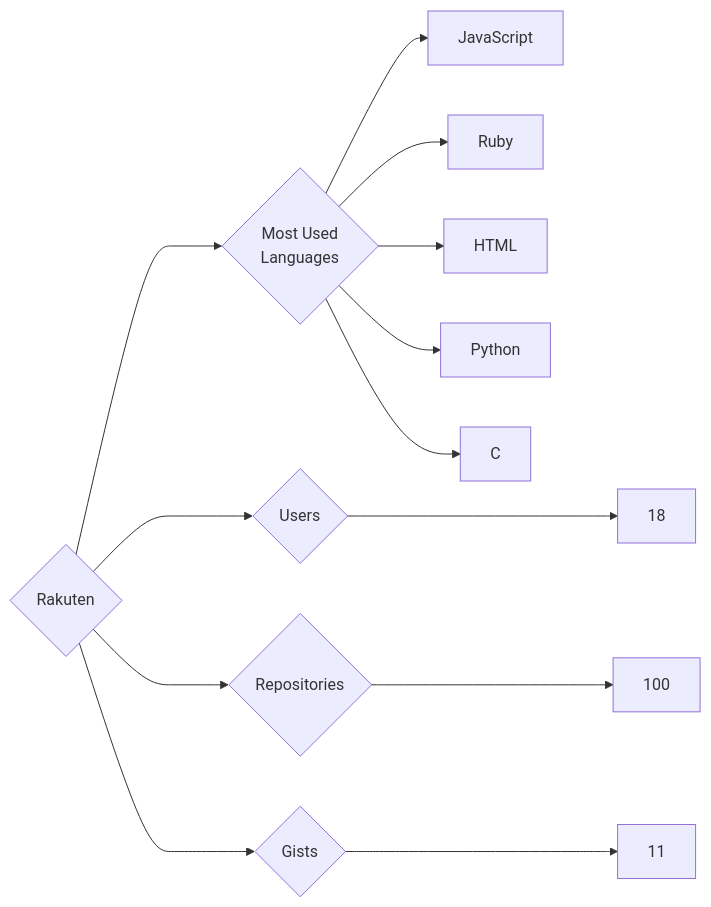
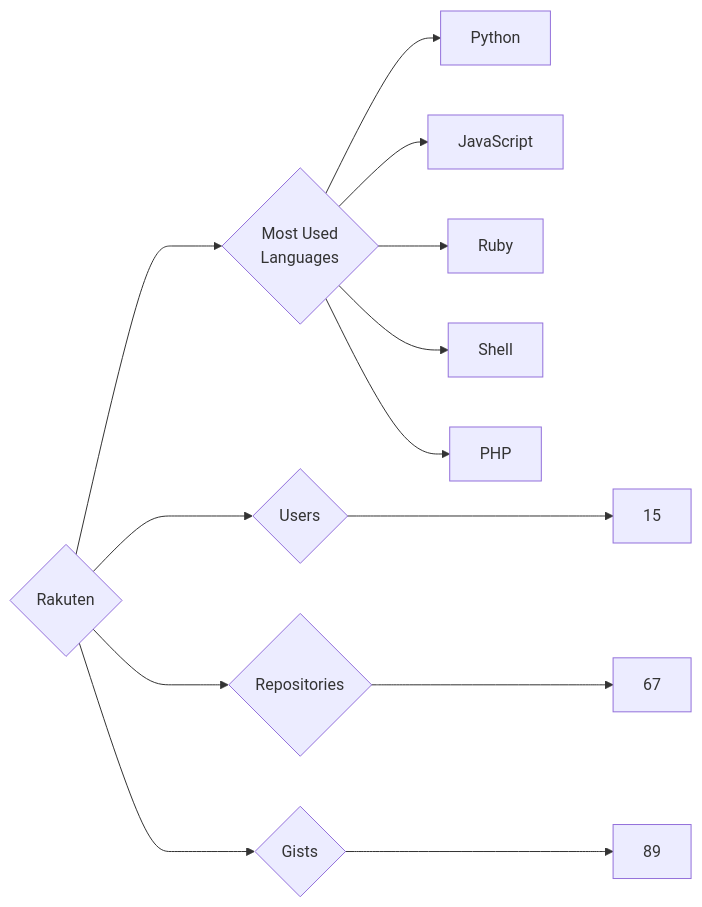
One commit to trickest/insiders changed the diagram in targets/Rakuten/README.md. Above: the diagram before and after it, drawn with Mermaid. The commit also changed 898 other files, not shown here.

````diff
--- a/targets/Rakuten/README.md
+++ b/targets/Rakuten/README.md
@@ -3,13 +3,13 @@
 ```mermaid
 graph LR
 COMPANY_NAME{Rakuten}
-COMPANY_NAME ---> U{Users} ---> UN[18]
-COMPANY_NAME ---> R{Repositories} ---> RN[100]
-COMPANY_NAME ---> G{Gists} ---> GN[11]
+COMPANY_NAME ---> U{Users} ---> UN[15]
+COMPANY_NAME ---> R{Repositories} ---> RN[67]
+COMPANY_NAME ---> G{Gists} ---> GN[89]
 COMPANY_NAME ---> ML{Most Used<br>Languages}
+ML --> Python[Python]
 ML --> JavaScript[JavaScript]
 ML --> Ruby[Ruby]
-ML --> HTML[HTML]
-ML --> Python[Python]
-ML --> C[C]
+ML --> Shell[Shell]
+ML --> PHP[PHP]
 ```
````
